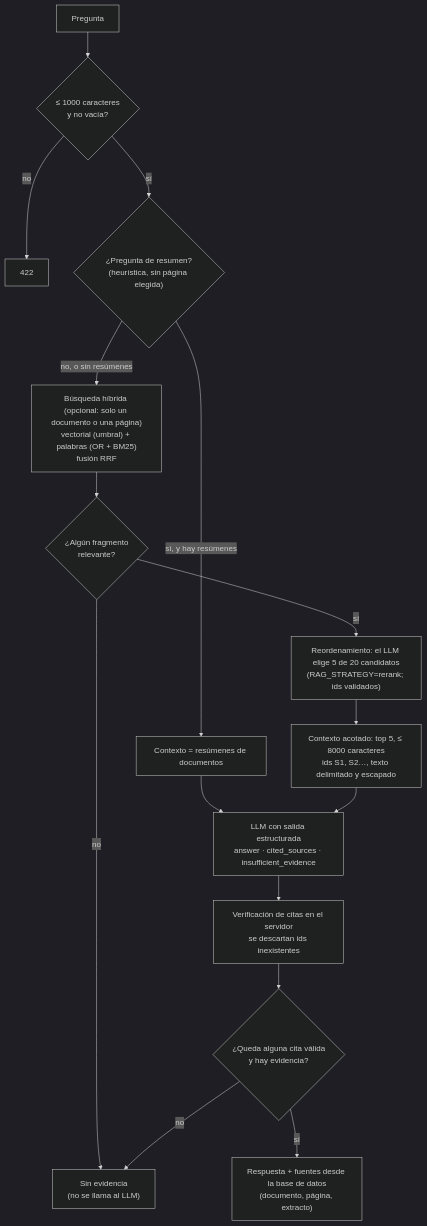
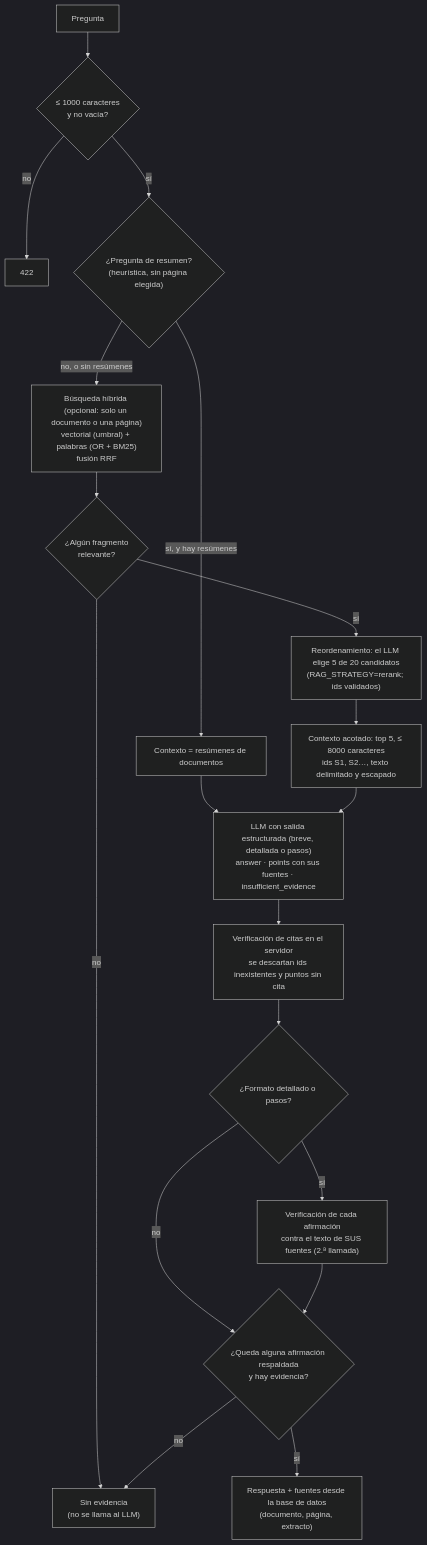
Before and after one commit to ivanqenk/rag: the third of 4 diagrams in docs/architecture.md, drawn with Mermaid (dark theme). The commit also changed other lines of this file and 21 other files, not shown here.

First line of the commit message:
Formatos de respuesta (breve, detallada, pasos) sin inventar

````diff
--- a/docs/architecture.md
+++ b/docs/architecture.md
@@ -68,18 +68,22 @@
 ```mermaid
 flowchart TD
     Q[Pregunta] --> V{"≤ 1000 caracteres<br/>y no vacía?"}
     V -->|no| E422[422]
     V -->|sí| SQ{"¿Pregunta de resumen?<br/>(heurística, sin página elegida)"}
     SQ -->|sí, y hay resúmenes| CS["Contexto = resúmenes de documentos"]
     SQ -->|no, o sin resúmenes| H["Búsqueda híbrida (opcional: solo un documento o una página)<br/>vectorial (umbral) + palabras (OR + BM25)<br/>fusión RRF"]
     H --> C{"¿Algún fragmento<br/>relevante?"}
     C -->|no| NE["Sin evidencia<br/>(no se llama al LLM)"]
     C -->|sí| RR["Reordenamiento: el LLM elige 5 de 20 candidatos<br/>(RAG_STRATEGY=rerank; ids validados)"]
     RR --> CC["Contexto acotado: top 5, ≤ 8000 caracteres<br/>ids S1, S2…, texto delimitado y escapado"]
     CS --> LLM
-    CC --> LLM["LLM con salida estructurada<br/>answer · cited_sources · insufficient_evidence"]
-    LLM --> VC["Verificación de citas en el servidor<br/>se descartan ids inexistentes"]
-    VC --> OK{"¿Queda alguna cita válida<br/>y hay evidencia?"}
+    CC --> LLM["LLM con salida estructurada (breve, detallada o pasos)<br/>answer · points con sus fuentes · insufficient_evidence"]
+    LLM --> VC["Verificación de citas en el servidor<br/>se descartan ids inexistentes y puntos sin cita"]
+    VC --> VF{"¿Formato detallado o pasos?"}
+    VF -->|sí| VV["Verificación de cada afirmación<br/>contra el texto de SUS fuentes (2.ª llamada)"]
+    VF -->|no| OK
+    VV --> OK
+    OK{"¿Queda alguna afirmación respaldada<br/>y hay evidencia?"}
     OK -->|no| NE
     OK -->|sí| R["Respuesta + fuentes desde la base de datos<br/>(documento, página, extracto)"]
 ```
````
